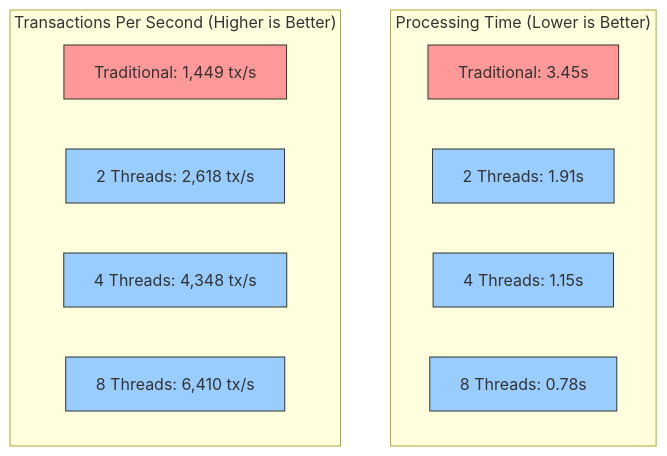
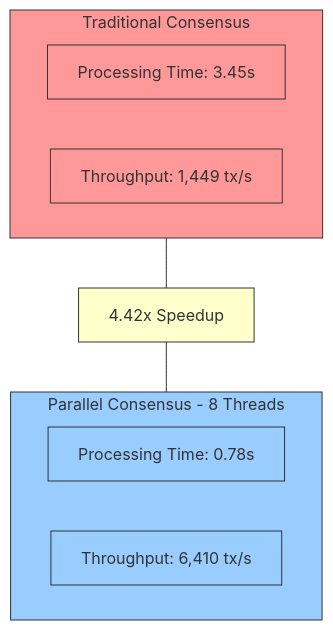
Before and after one commit to Final-Project-13520137/avalanche-parallel: the tenth of 10 diagrams in README.md, drawn with Mermaid. The commit also changed other lines of this file, not shown here.

Commit message:
fix readme graph diagram testing again

````diff
--- a/README.md
+++ b/README.md
@@ -680,24 +650,22 @@
 ```mermaid
-graph TD
-    subgraph "Processing Time (Lower is Better)"
-        direction LR
-        PT_T1[Traditional: 3.45s]
-        PT_P2[2 Threads: 1.91s]
-        PT_P4[4 Threads: 1.15s]
-        PT_P8[8 Threads: 0.78s]
+flowchart TD
+    subgraph Traditional[Traditional Consensus]
+        PT_T1[Processing Time: 3.45s]
+        TPS_T1[Throughput: 1,449 tx/s]
     end
     
-    subgraph "Transactions Per Second (Higher is Better)"
-        direction LR
-        TPS_T1[Traditional: 1,449 tx/s]
-        TPS_P2[2 Threads: 2,618 tx/s]
-        TPS_P4[4 Threads: 4,348 tx/s]
-        TPS_P8[8 Threads: 6,410 tx/s]
+    subgraph Parallel[Parallel Consensus - 8 Threads]
+        PT_P8[Processing Time: 0.78s]
+        TPS_P8[Throughput: 6,410 tx/s]
     end
+    
+    Traditional --- Speedup[4.42x Speedup] --- Parallel
     
     classDef traditional fill:#FF9999,stroke:#333,stroke-width:1px
     classDef parallel fill:#99CCFF,stroke:#333,stroke-width:1px
+    classDef comparison fill:#FFFFCC,stroke:#333,stroke-width:1px
     
-    class PT_T1,TPS_T1 traditional
-    class PT_P2,PT_P4,PT_P8,TPS_P2,TPS_P4,TPS_P8 parallel
+    class Traditional,PT_T1,TPS_T1 traditional
+    class Parallel,PT_P8,TPS_P8 parallel
+    class Speedup comparison
 ```
````
